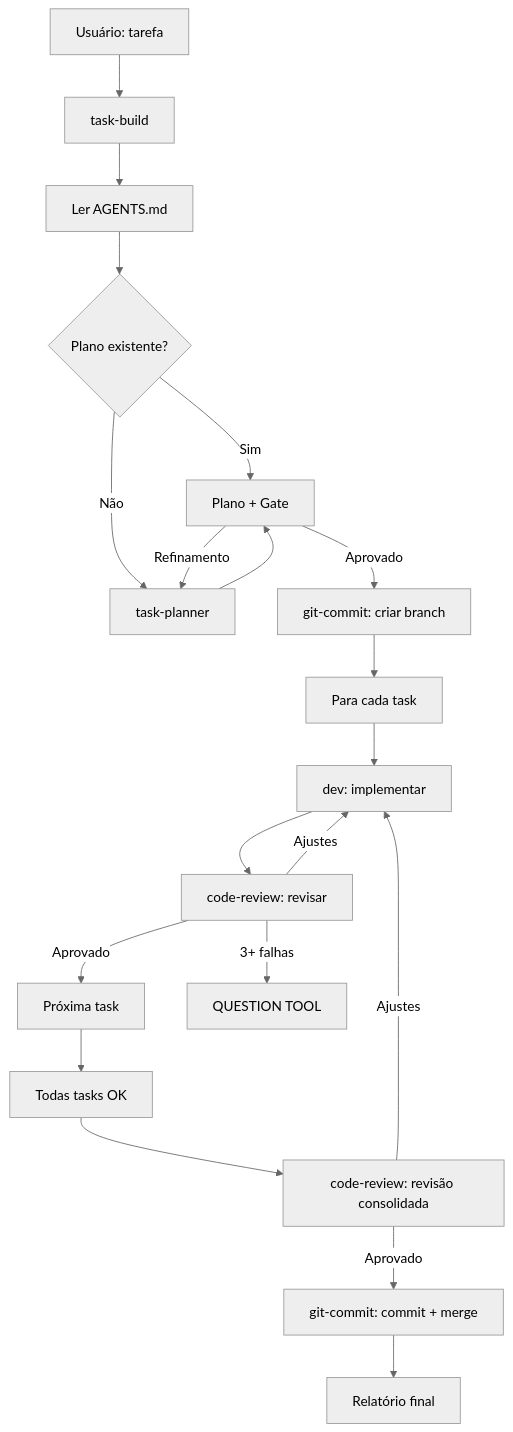
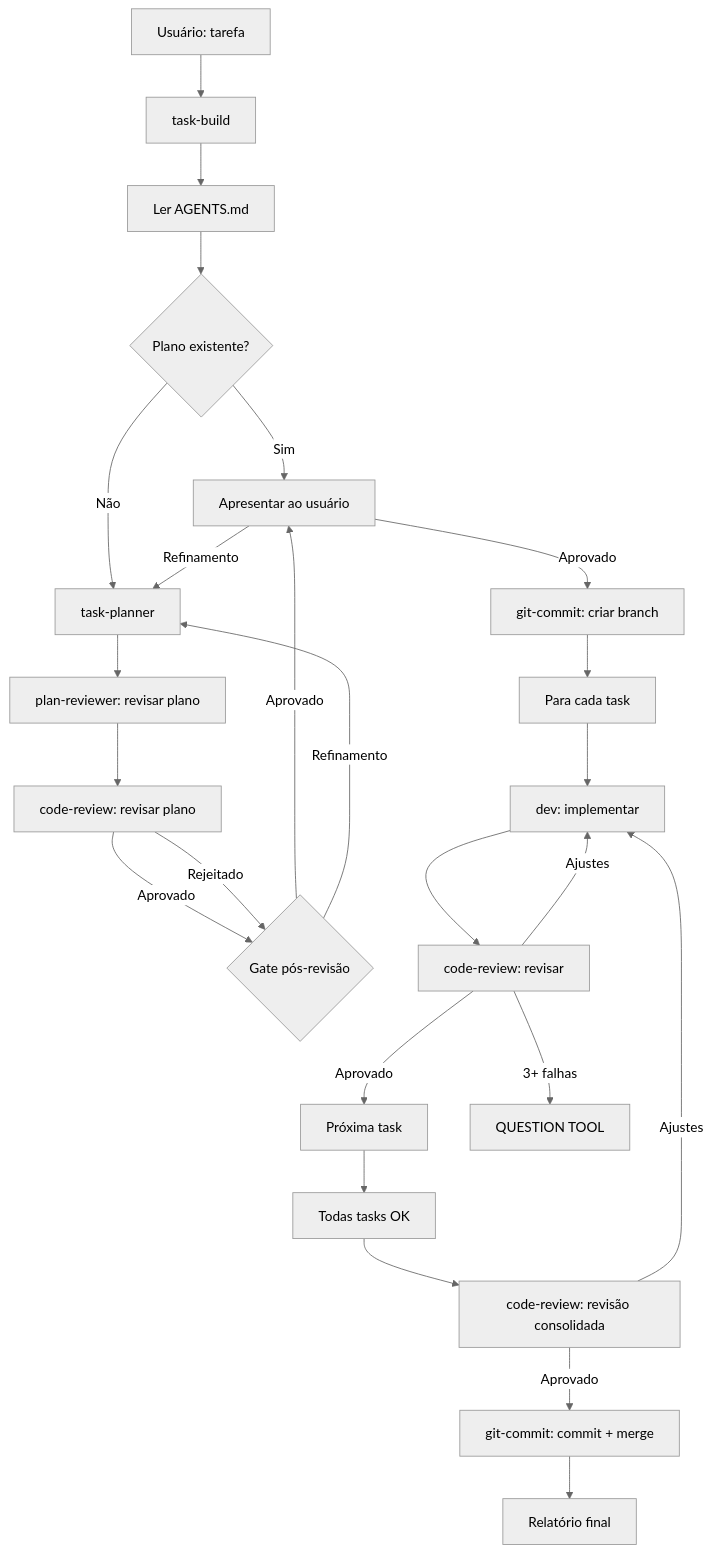
Before and after one commit to tiagoeduardobr/opencode_termux: the diagram in docs/MULTI_AGENT_ORCHESTRATION.md, drawn with Mermaid (neutral theme). The commit also changed other lines of this file and 3 other files, not shown here.

````diff
--- a/docs/MULTI_AGENT_ORCHESTRATION.md
+++ b/docs/MULTI_AGENT_ORCHESTRATION.md
@@ -112,22 +112,27 @@
 ```mermaid
 graph TD
     A[Usuário: tarefa] --> B[task-build]
     B --> B0[Ler AGENTS.md]
     B0 --> B1{Plano existente?}
-    B1 -->|Sim| E[Plano + Gate]
+    B1 -->|Sim| E[Apresentar ao usuário]
     B1 -->|Não| D[task-planner]
-    D --> E
+    D --> D2[plan-reviewer: revisar plano]
+    D2 --> D3[code-review: revisar plano]
+    D3 -->|Aprovado| D4{Gate pós-revisão}
+    D3 -->|Rejeitado| D4
+    D4 -->|Aprovado| E[Apresentar ao usuário]
+    D4 -->|Refinamento| D
     E -->|Aprovado| F[git-commit: criar branch]
     E -->|Refinamento| D
     F --> G[Para cada task]
     G --> H[dev: implementar]
     H --> I[code-review: revisar]
     I -->|Aprovado| J[Próxima task]
     I -->|Ajustes| H
     I -->|3+ falhas| K[QUESTION TOOL]
     J --> L[Todas tasks OK]
     L --> I6e[code-review: revisão consolidada]
     I6e -->|Aprovado| M[git-commit: commit + merge]
     I6e -->|Ajustes| H
     M --> N[Relatório final]
 ```
````
